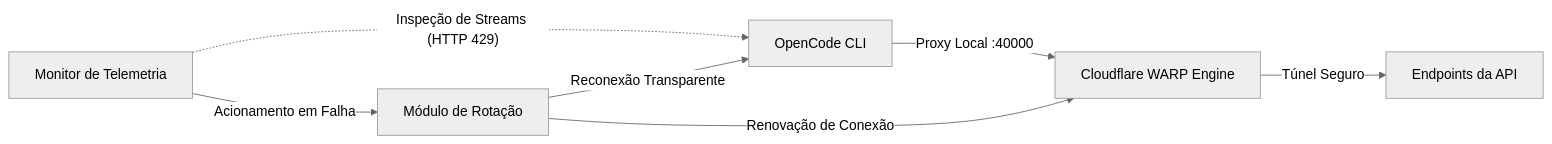
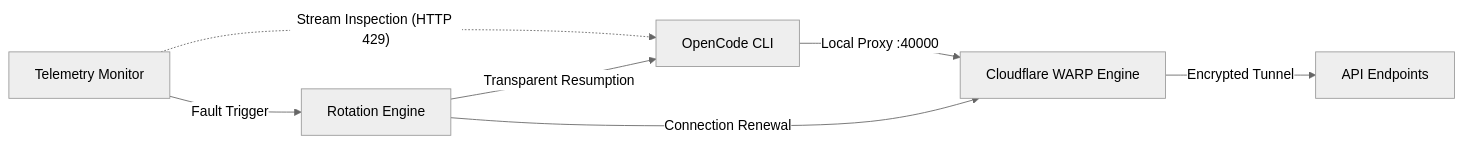
The diagram in README.md (Oficina-do-Berg/CodeOpenFreedom), drawn with Mermaid (neutral theme) before and after one commit. The commit also changed other lines of this file and 2 other files, not shown here.

````diff
--- a/README.md
+++ b/README.md
@@ -88,9 +94,9 @@
 ```mermaid
 flowchart LR
-    A["OpenCode CLI"] -->|"Proxy Local :40000"| B["Cloudflare WARP Engine"]
-    B -->|"Túnel Seguro"| C["Endpoints da API"]
-    D["Monitor de Telemetria"] -.->|"Inspeção de Streams (HTTP 429)"| A
-    D -->|"Acionamento em Falha"| E["Módulo de Rotação"]
-    E -->|"Renovação de Conexão"| B
-    E -->|"Reconexão Transparente"| A
+    A["OpenCode CLI"] -->|"Local Proxy :40000"| B["Cloudflare WARP Engine"]
+    B -->|"Encrypted Tunnel"| C["API Endpoints"]
+    D["Telemetry Monitor"] -.->|"Stream Inspection (HTTP 429)"| A
+    D -->|"Fault Trigger"| E["Rotation Engine"]
+    E -->|"Connection Renewal"| B
+    E -->|"Transparent Resumption"| A
 ```
````
